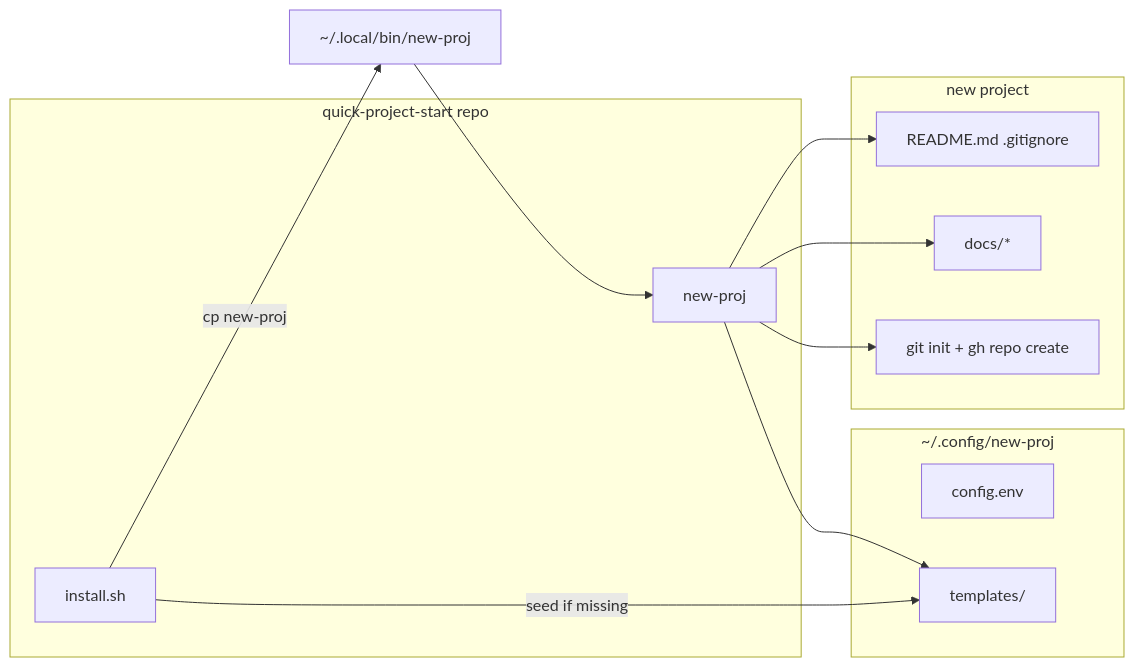
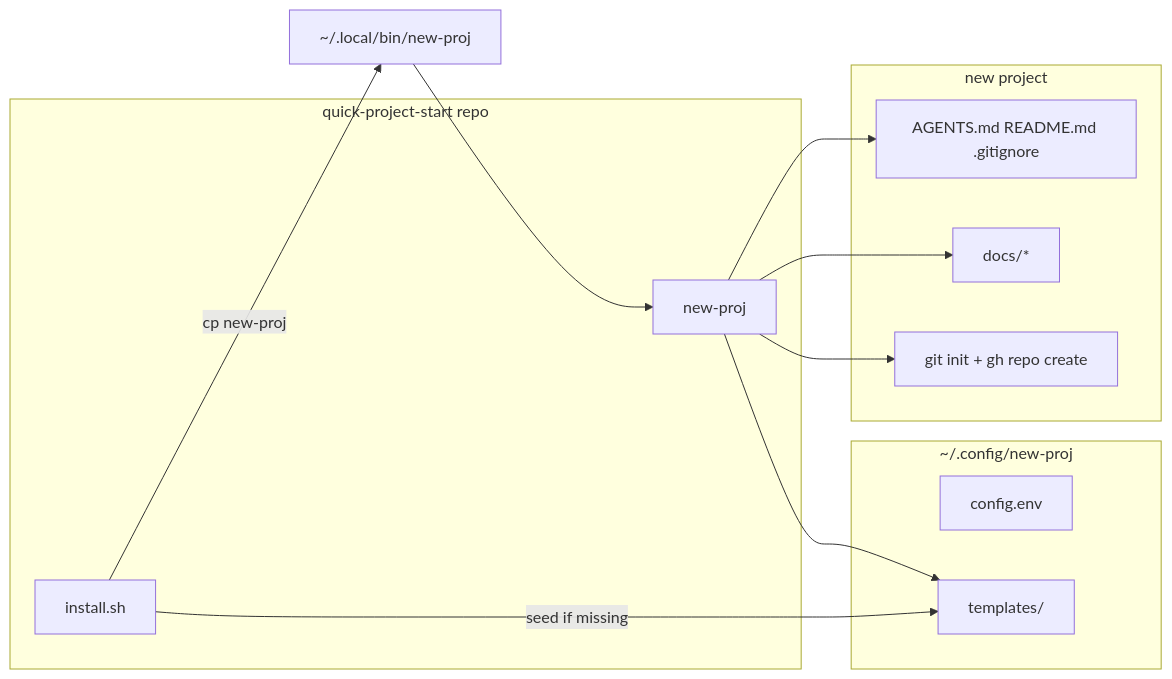
One commit to jdserenity/quick-project-start changed the diagram in docs/ARCHITECTURE.md. Above: the diagram before and after it, drawn with Mermaid. The commit also changed other lines of this file and 7 other files, not shown here.

First line of the commit message:
Move agent rules to root AGENTS.md and pin project docs under docs/.

````diff
--- a/docs/ARCHITECTURE.md
+++ b/docs/ARCHITECTURE.md
@@ -54,23 +54,23 @@
 ```mermaid
 flowchart LR
   subgraph repo["quick-project-start repo"]
     install["install.sh"]
     script["new-proj"]
   end
   subgraph global["~/.config/new-proj"]
     cfg["config.env"]
     tpl["templates/"]
   end
   subgraph out["new project"]
-    root["README.md .gitignore"]
+    root["AGENTS.md README.md .gitignore"]
     scaffold["docs/*"]
     git["git init + gh repo create"]
   end
   install -->|"cp new-proj"| bin["~/.local/bin/new-proj"]
   install -->|"seed if missing"| tpl
   bin --> script
   script --> tpl
   script --> root
   script --> scaffold
   script --> git
 ```
````
